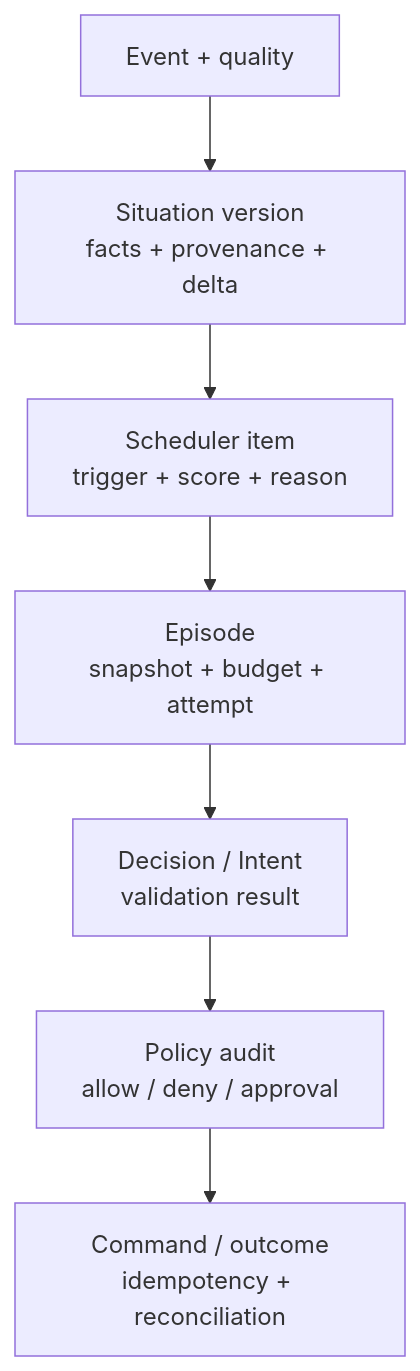
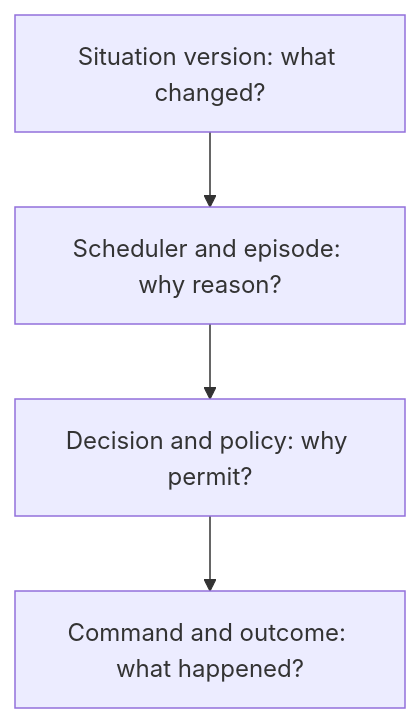
Before and after one commit to ghassan-ai-projects/agentic-stream: the diagram in documentation/design/observability.md, drawn with Mermaid. The commit also changed other lines of this file and 37 other files, not shown here.

Commit message:
docs: simplify diagrams and verify the learning and runtime guides

````diff
--- a/documentation/design/observability.md
+++ b/documentation/design/observability.md
@@ -31,9 +33,6 @@
 ```mermaid
 flowchart TD
-    E["Event + quality"] --> S["Situation version\nfacts + provenance + delta"]
-    S --> C["Scheduler item\ntrigger + score + reason"]
-    C --> P["Episode\nsnapshot + budget + attempt"]
-    P --> D["Decision / Intent\nvalidation result"]
-    D --> G["Policy audit\nallow / deny / approval"]
-    G --> O["Command / outcome\nidempotency + reconciliation"]
+    S["Situation version: what changed?"] --> C["Scheduler and episode: why reason?"]
+    C --> P["Decision and policy: why permit?"]
+    P --> O["Command and outcome: what happened?"]
 ```
````
